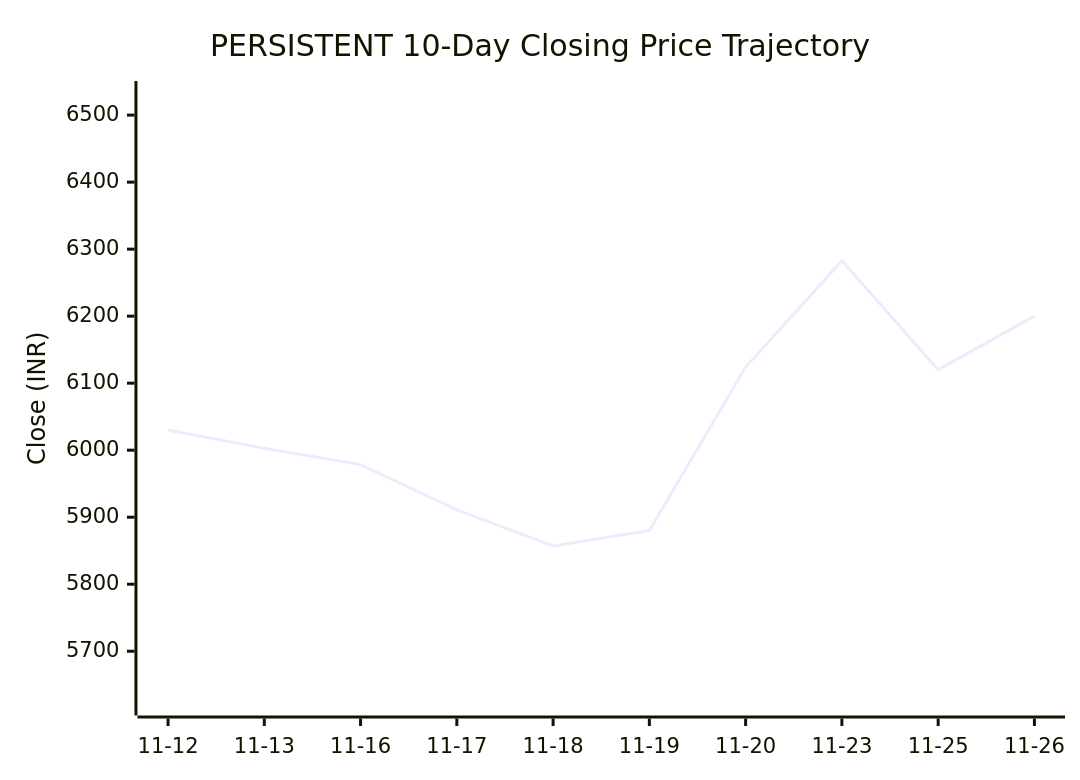
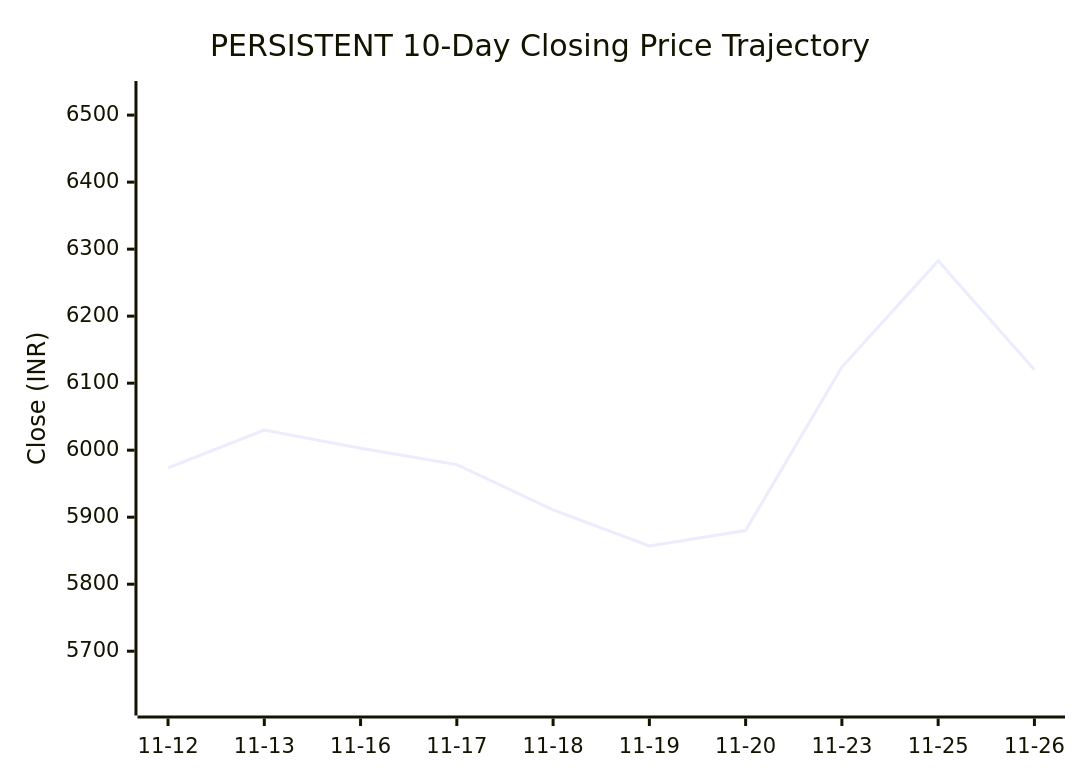
The second of 3 diagrams in market-intelligence/stocks/PERSISTENT/README.md (purnareddy9/dev), drawn with Mermaid before and after one commit. The commit also changed other lines of this file and 3 other files, not shown here.

````diff
--- a/market-intelligence/stocks/PERSISTENT/README.md
+++ b/market-intelligence/stocks/PERSISTENT/README.md
@@ -95,7 +95,7 @@
 ```mermaid
 xychart-beta
     title "PERSISTENT 10-Day Closing Price Trajectory"
     x-axis ["11-12", "11-13", "11-16", "11-17", "11-18", "11-19", "11-20", "11-23", "11-25", "11-26"]
     y-axis "Close (INR)" 5622 --> 6533
-    line [6030.0, 6003.0, 5978.5, 5911.0, 5857.0, 5880.0, 6124.0, 6282.5, 6120.0, 6200.0]
+    line [5973.5, 6030.0, 6003.0, 5978.5, 5911.0, 5857.0, 5880.0, 6124.0, 6282.5, 6120.0]
 ```
````
